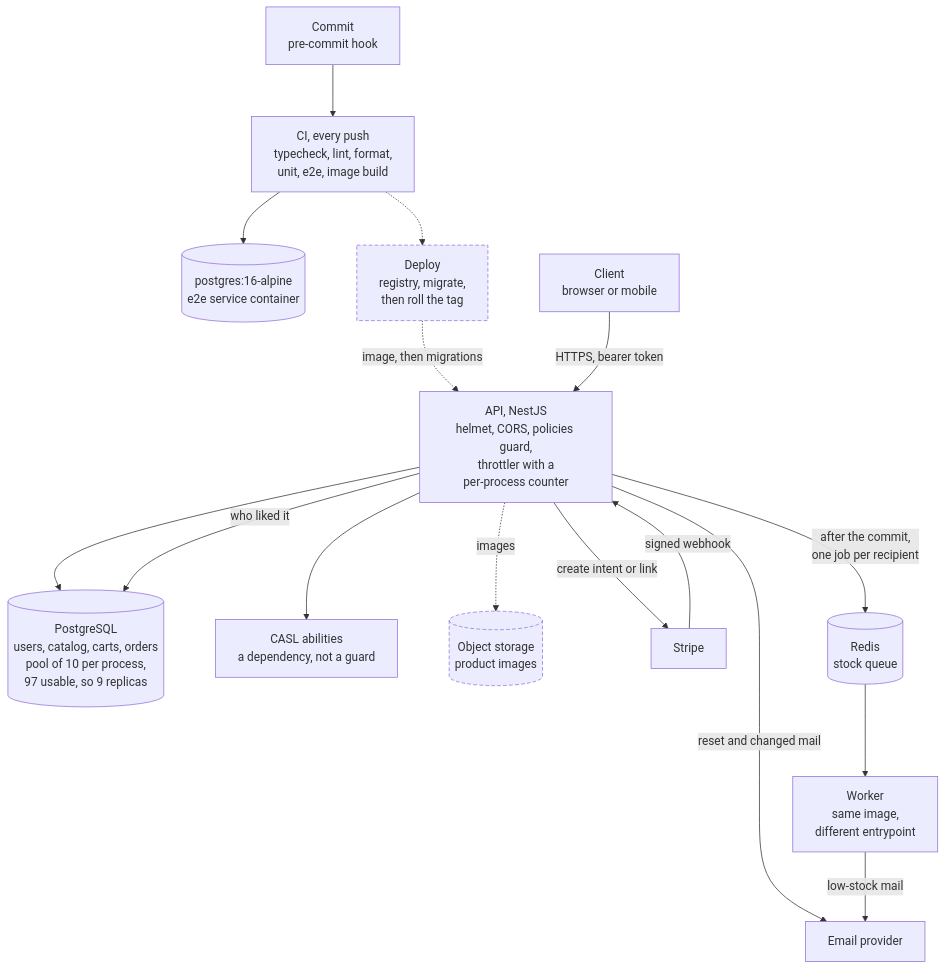
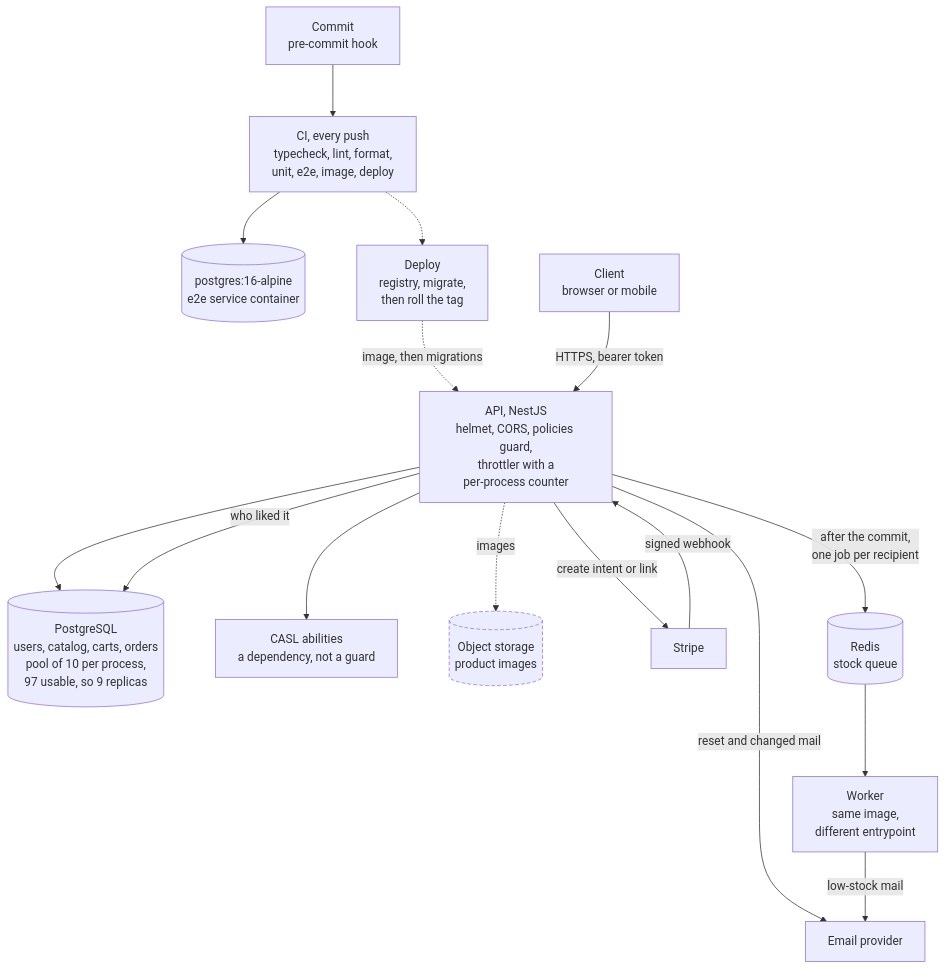
Before and after one commit to f3r21/t-shirt-store-api: the diagram in ARCHITECTURE.md, drawn with Mermaid. The commit also changed other lines of this file and 5 other files, not shown here.

Commit message:
ci: deploy on every push through an OIDC role, registry then migrate then roll the tag

````diff
--- a/ARCHITECTURE.md
+++ b/ARCHITECTURE.md
@@ -6,38 +6,38 @@
 ```mermaid
 %%{init: {"flowchart": {"nodeSpacing": 70, "rankSpacing": 70}}}%%
 flowchart TB
     code["Commit<br/>pre-commit hook"]
-    ci["CI, every push<br/>typecheck, lint, format,<br/>unit, e2e, image build"]
+    ci["CI, every push<br/>typecheck, lint, format,<br/>unit, e2e, image, deploy"]
     citest[("postgres:16-alpine<br/>e2e service container")]
     deploy["Deploy<br/>registry, migrate,<br/>then roll the tag"]
 
     client["Client<br/>browser or mobile"]
     api["API, NestJS<br/>helmet, CORS, policies guard,<br/>throttler with a<br/>per-process counter"]
     pg[("PostgreSQL<br/>users, catalog, carts, orders<br/>pool of 10 per process,<br/>97 usable, so 9 replicas")]
     casl["CASL abilities<br/>a dependency, not a guard"]
     store[("Object storage<br/>product images")]
     smtp["Email provider"]
     stripe["Stripe"]
     redis[("Redis<br/>stock queue")]
     worker["Worker<br/>same image,<br/>different entrypoint"]
 
     code --> ci
     ci --> citest
     ci -.-> deploy
     deploy -.->|"image, then migrations"| api
 
     client -->|"HTTPS, bearer token"| api
     api --> pg
     api -->|"who liked it"| pg
     api --> casl
     api -.->|"images"| store
     api -->|"reset and changed mail"| smtp
     api -->|"create intent or link"| stripe
     api -->|"after the commit,<br/>one job per recipient"| redis
     stripe -->|"signed webhook"| api
     redis --> worker
     worker -->|"low-stock mail"| smtp
 
     classDef planned stroke-dasharray:5 3
-    class deploy,store planned
+    class store planned
 ```
````
